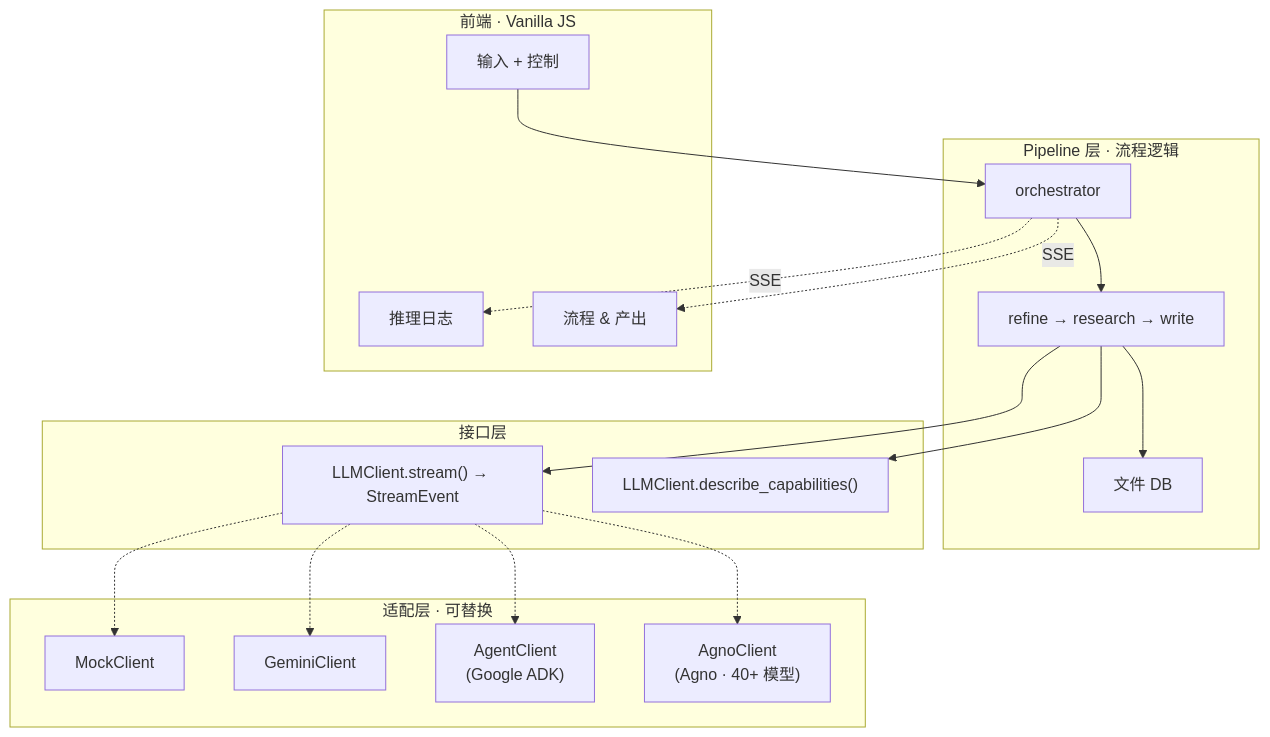
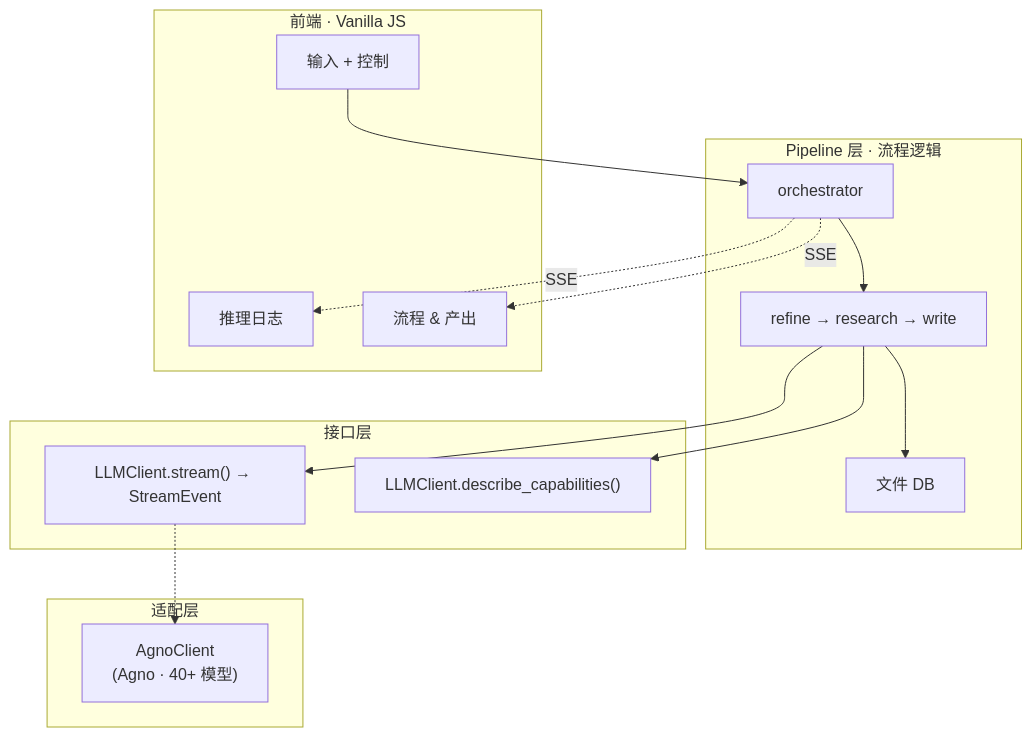
The second of 2 diagrams in README_CN.md (dozybot001/MAARS), drawn with Mermaid before and after one commit. The commit also changed other lines of this file and 292 other files, not shown here.

````diff
--- a/README_CN.md
+++ b/README_CN.md
@@ -46,36 +38,30 @@
 ```mermaid
 flowchart TB
     subgraph Pipeline["Pipeline 层 · 流程逻辑"]
         ORCH["orchestrator"] --> STAGES["refine → research → write"]
         STAGES --> DB["文件 DB"]
     end
 
     subgraph Interface["接口层"]
         LLM["LLMClient.stream() → StreamEvent"]
         CAP["LLMClient.describe_capabilities()"]
     end
 
-    subgraph Adapters["适配层 · 可替换"]
-        MOCK["MockClient"]
-        GEMINI["GeminiClient"]
-        ADK["AgentClient\n(Google ADK)"]
+    subgraph Adapters["适配层"]
         AGNO["AgnoClient\n(Agno · 40+ 模型)"]
     end
 
     STAGES --> LLM
     STAGES --> CAP
-    LLM -.-> MOCK
-    LLM -.-> GEMINI
-    LLM -.-> ADK
     LLM -.-> AGNO
 
     subgraph FE["前端 · Vanilla JS"]
         UI["输入 + 控制"]
         LOG["推理日志"]
         PROC["流程 & 产出"]
     end
 
     UI --> ORCH
     ORCH -."SSE".-> LOG
     ORCH -."SSE".-> PROC
 ```
````
